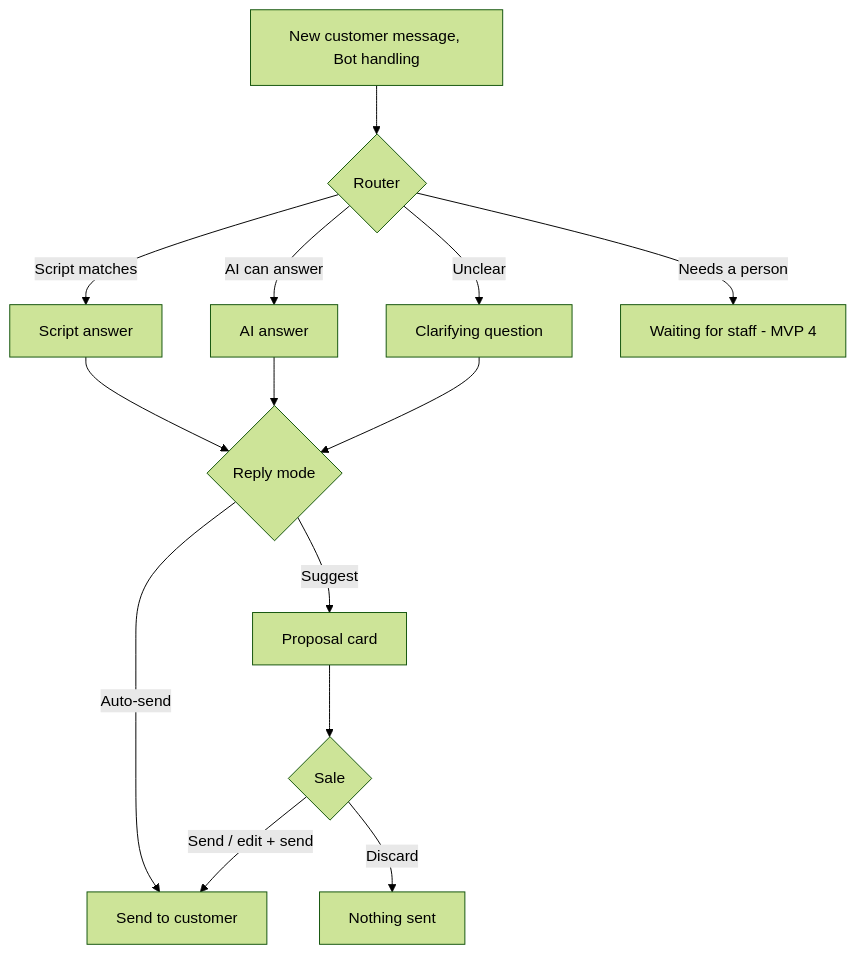
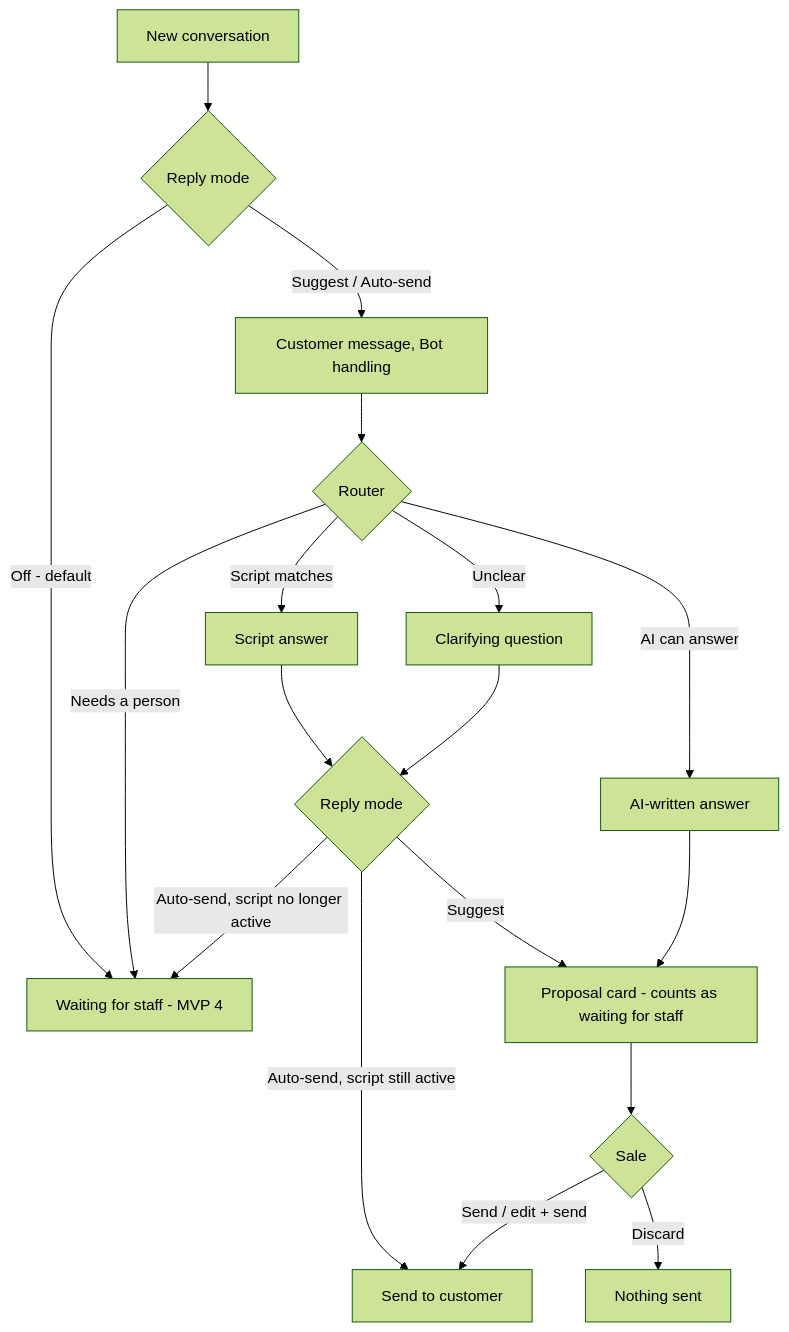
The first of 3 diagrams in docs/specs/prd/mvp-5-bot-replies.md (TruongHoang2004/Hexta), drawn with Mermaid (forest theme) before and after one commit. The commit also changed other lines of this file and 1 other file, not shown here.

First line of the commit message:
docs(prd): align MVP 5 with the 2026-11-26 reply mode decisions

````diff
--- a/docs/specs/prd/mvp-5-bot-replies.md
+++ b/docs/specs/prd/mvp-5-bot-replies.md
@@ -50,16 +50,20 @@
 ```mermaid
 flowchart TD
-  A[New customer message, Bot handling] --> R{Router}
+  N[New conversation] --> MODE{Reply mode}
+  MODE -->|Off - default| H[Waiting for staff - MVP 4]
+  MODE -->|Suggest / Auto-send| A[Customer message, Bot handling]
+  A --> R{Router}
   R -->|Script matches| S[Script answer]
-  R -->|AI can answer| AI[AI answer]
+  R -->|AI can answer| AI[AI-written answer]
   R -->|Unclear| Q[Clarifying question]
-  R -->|Needs a person| H[Waiting for staff - MVP 4]
+  R -->|Needs a person| H
   S --> M{Reply mode}
-  AI --> M
   Q --> M
-  M -->|Auto-send| SEND[Send to customer]
-  M -->|Suggest| P[Proposal card]
+  M -->|Auto-send, script still active| SEND[Send to customer]
+  M -->|Auto-send, script no longer active| H
+  M -->|Suggest| P[Proposal card - counts as waiting for staff]
+  AI --> P
   P --> P1{Sale}
   P1 -->|Send / edit + send| SEND
   P1 -->|Discard| X[Nothing sent]
 ```
````
